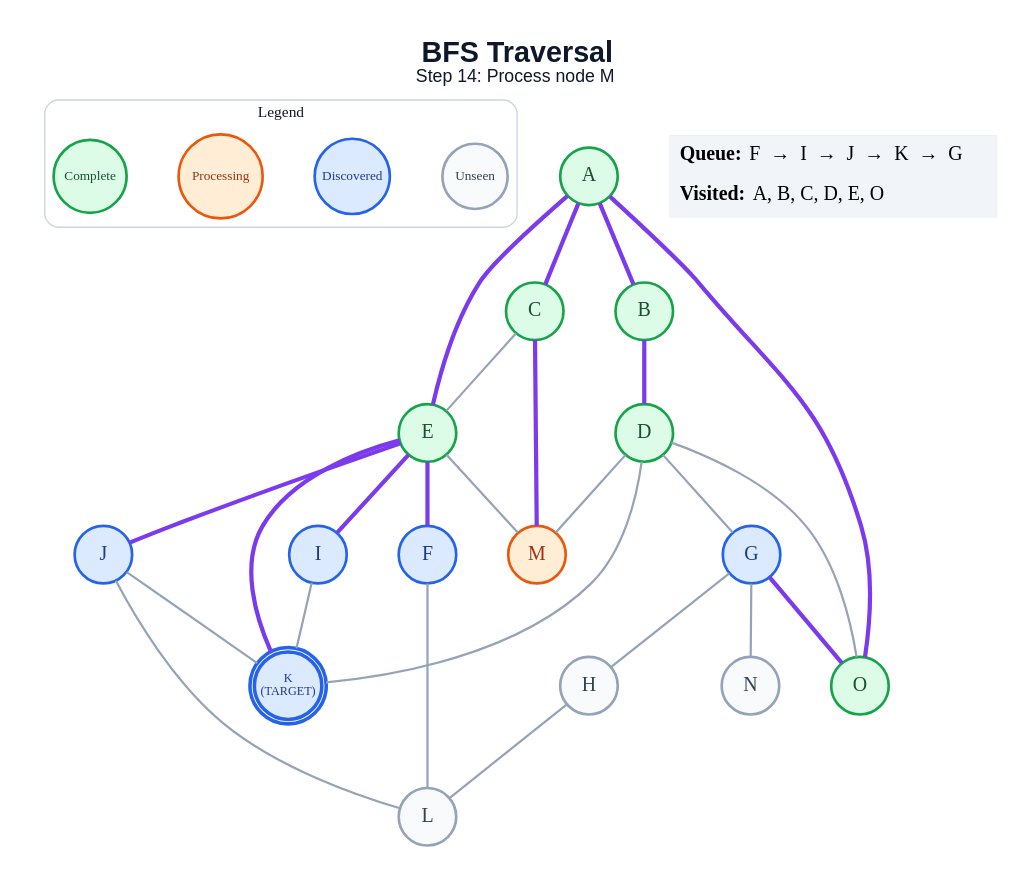
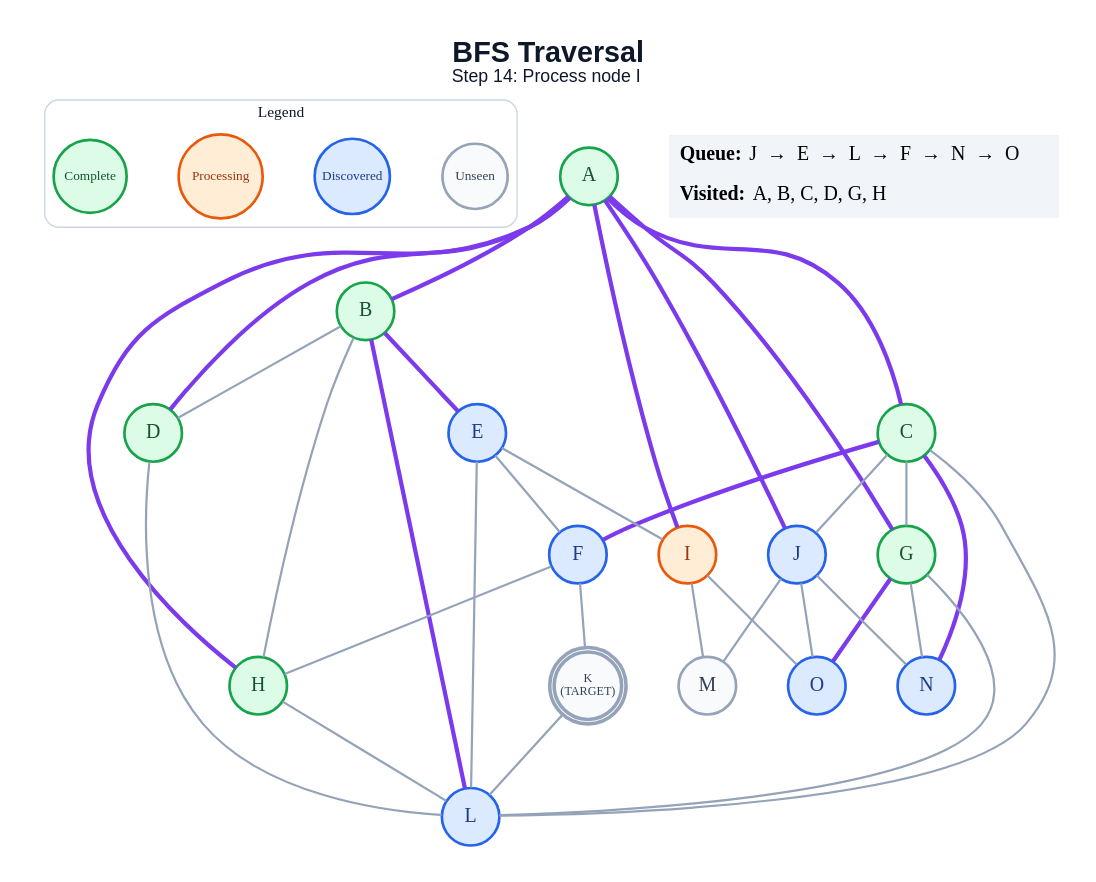
One commit to anon7238593-create/ai-slop changed the diagram in generated/specific-node/bfs/step_14.dot. Above: the diagram before and after it, drawn with Graphviz. The commit also changed 285 other files, not shown here.

```diff
--- a/generated/specific-node/bfs/step_14.dot
+++ b/generated/specific-node/bfs/step_14.dot
@@ -1,58 +1,66 @@
 graph traversal {
   graph [layout=dot, rankdir=TB, bgcolor="#FFFFFF", pad="0.35", nodesep="0.65", ranksep="0.8", fontname="Arial"];
   node [shape=circle, style="filled", fontname="Arial Bold", fontsize=18, width=0.72, fixedsize=true, penwidth=2.4];
   edge [color="#94A3B8", penwidth=2.0];
-  label=<<B>BFS Traversal</B><BR/><FONT POINT-SIZE="16">Step 14: Process node M</FONT>>; labelloc="t"; fontsize=26; fontname="Arial"; fontcolor="#0F172A";
+  label=<<B>BFS Traversal</B><BR/><FONT POINT-SIZE="16">Step 14: Process node I</FONT>>; labelloc="t"; fontsize=26; fontname="Arial"; fontcolor="#0F172A";
   subgraph cluster_legend { label="Legend"; color="#CBD5E1"; penwidth=1.2; style="rounded"; fontsize=14; fontname="Arial Bold";
     key_unseen [label="Unseen", fillcolor="#F8FAFC", color="#94A3B8", fontcolor="#334155", fontsize=12, width=0.82];
     key_frontier [label="Discovered", fillcolor="#DBEAFE", color="#2563EB", fontcolor="#1E3A8A", fontsize=12, width=0.95];
     key_current [label="Processing", fillcolor="#FFEDD5", color="#EA580C", fontcolor="#9A3412", fontsize=12, width=1.05];
     key_done [label="Complete", fillcolor="#DCFCE7", color="#16A34A", fontcolor="#14532D", fontsize=12, width=0.92];
     { rank=same; key_unseen; key_frontier; key_current; key_done; }
   }
   A [label="A", fillcolor="#DCFCE7", color="#16A34A", fontcolor="#14532D", peripheries=1, penwidth=2.4];
   B [label="B", fillcolor="#DCFCE7", color="#16A34A", fontcolor="#14532D", peripheries=1, penwidth=2.4];
   C [label="C", fillcolor="#DCFCE7", color="#16A34A", fontcolor="#14532D", peripheries=1, penwidth=2.4];
   D [label="D", fillcolor="#DCFCE7", color="#16A34A", fontcolor="#14532D", peripheries=1, penwidth=2.4];
-  E [label="E", fillcolor="#DCFCE7", color="#16A34A", fontcolor="#14532D", peripheries=1, penwidth=2.4];
+  E [label="E", fillcolor="#DBEAFE", color="#2563EB", fontcolor="#1E3A8A", peripheries=1, penwidth=2.4];
   F [label="F", fillcolor="#DBEAFE", color="#2563EB", fontcolor="#1E3A8A", peripheries=1, penwidth=2.4];
-  G [label="G", fillcolor="#DBEAFE", color="#2563EB", fontcolor="#1E3A8A", peripheries=1, penwidth=2.4];
-  H [label="H", fillcolor="#F8FAFC", color="#94A3B8", fontcolor="#334155", peripheries=1, penwidth=2.4];
-  I [label="I", fillcolor="#DBEAFE", color="#2563EB", fontcolor="#1E3A8A", peripheries=1, penwidth=2.4];
+  G [label="G", fillcolor="#DCFCE7", color="#16A34A", fontcolor="#14532D", peripheries=1, penwidth=2.4];
+  H [label="H", fillcolor="#DCFCE7", color="#16A34A", fontcolor="#14532D", peripheries=1, penwidth=2.4];
+  I [label="I", fillcolor="#FFEDD5", color="#EA580C", fontcolor="#9A3412", peripheries=1, penwidth=2.4];
   J [label="J", fillcolor="#DBEAFE", color="#2563EB", fontcolor="#1E3A8A", peripheries=1, penwidth=2.4];
-  K [label="K\n(TARGET)", fillcolor="#DBEAFE", color="#2563EB", fontcolor="#1E3A8A", peripheries=2, penwidth=3.2, fontsize=11, width=0.85, height=0.85];
-  L [label="L", fillcolor="#F8FAFC", color="#94A3B8", fontcolor="#334155", peripheries=1, penwidth=2.4];
-  M [label="M", fillcolor="#FFEDD5", color="#EA580C", fontcolor="#9A3412", peripheries=1, penwidth=2.4];
-  N [label="N", fillcolor="#F8FAFC", color="#94A3B8", fontcolor="#334155", peripheries=1, penwidth=2.4];
-  O [label="O", fillcolor="#DCFCE7", color="#16A34A", fontcolor="#14532D", peripheries=1, penwidth=2.4];
+  K [label="K\n(TARGET)", fillcolor="#F8FAFC", color="#94A3B8", fontcolor="#334155", peripheries=2, penwidth=3.2, fontsize=11, width=0.85, height=0.85];
+  L [label="L", fillcolor="#DBEAFE", color="#2563EB", fontcolor="#1E3A8A", peripheries=1, penwidth=2.4];
+  M [label="M", fillcolor="#F8FAFC", color="#94A3B8", fontcolor="#334155", peripheries=1, penwidth=2.4];
+  N [label="N", fillcolor="#DBEAFE", color="#2563EB", fontcolor="#1E3A8A", peripheries=1, penwidth=2.4];
+  O [label="O", fillcolor="#DBEAFE", color="#2563EB", fontcolor="#1E3A8A", peripheries=1, penwidth=2.4];
   A -- B [color="#7C3AED", penwidth=3.8];
   A -- C [color="#7C3AED", penwidth=3.8];
-  A -- E [color="#7C3AED", penwidth=3.8];
-  A -- O [color="#7C3AED", penwidth=3.8];
-  B -- D [color="#7C3AED", penwidth=3.8];
-  C -- E;
-  C -- M [color="#7C3AED", penwidth=3.8];
-  D -- G;
-  D -- K;
-  D -- M;
-  D -- O;
-  E -- F [color="#7C3AED", penwidth=3.8];
-  E -- I [color="#7C3AED", penwidth=3.8];
-  E -- J [color="#7C3AED", penwidth=3.8];
-  E -- K [color="#7C3AED", penwidth=3.8];
-  E -- M;
-  F -- L;
-  G -- H;
+  A -- D [color="#7C3AED", penwidth=3.8];
+  A -- G [color="#7C3AED", penwidth=3.8];
+  A -- H [color="#7C3AED", penwidth=3.8];
+  A -- I [color="#7C3AED", penwidth=3.8];
+  A -- J [color="#7C3AED", penwidth=3.8];
+  B -- D;
+  B -- E [color="#7C3AED", penwidth=3.8];
+  B -- H;
+  B -- L [color="#7C3AED", penwidth=3.8];
+  C -- F [color="#7C3AED", penwidth=3.8];
+  C -- G;
+  C -- J;
+  C -- L;
+  C -- N [color="#7C3AED", penwidth=3.8];
+  D -- L;
+  E -- F;
+  E -- I;
+  E -- L;
+  F -- H;
+  F -- K;
+  G -- L;
   G -- N;
   G -- O [color="#7C3AED", penwidth=3.8];
   H -- L;
-  I -- K;
-  J -- K;
-  J -- L;
+  I -- M;
+  I -- O;
+  J -- M;
+  J -- N;
+  J -- O;
+  K -- L;
   status [shape=plain, fixedsize=false, width=0, height=0, margin=0, label=<
     <TABLE BORDER="0" CELLBORDER="0" CELLPADDING="7" BGCOLOR="#F1F5F9">
-      <TR><TD ALIGN="LEFT"><B>Queue:</B> F  →  I  →  J  →  K  →  G</TD></TR>
-      <TR><TD ALIGN="LEFT"><B>Visited:</B> A, B, C, D, E, O</TD></TR>
+      <TR><TD ALIGN="LEFT"><B>Queue:</B> J  →  E  →  L  →  F  →  N  →  O</TD></TR>
+      <TR><TD ALIGN="LEFT"><B>Visited:</B> A, B, C, D, G, H</TD></TR>
     </TABLE>
   >];
 }
```
